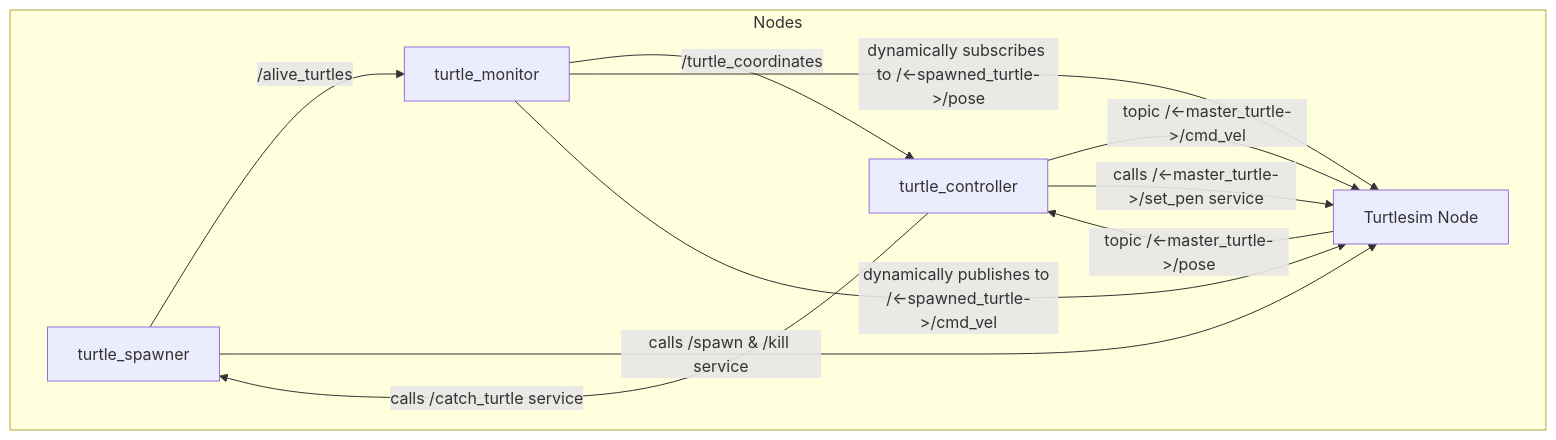
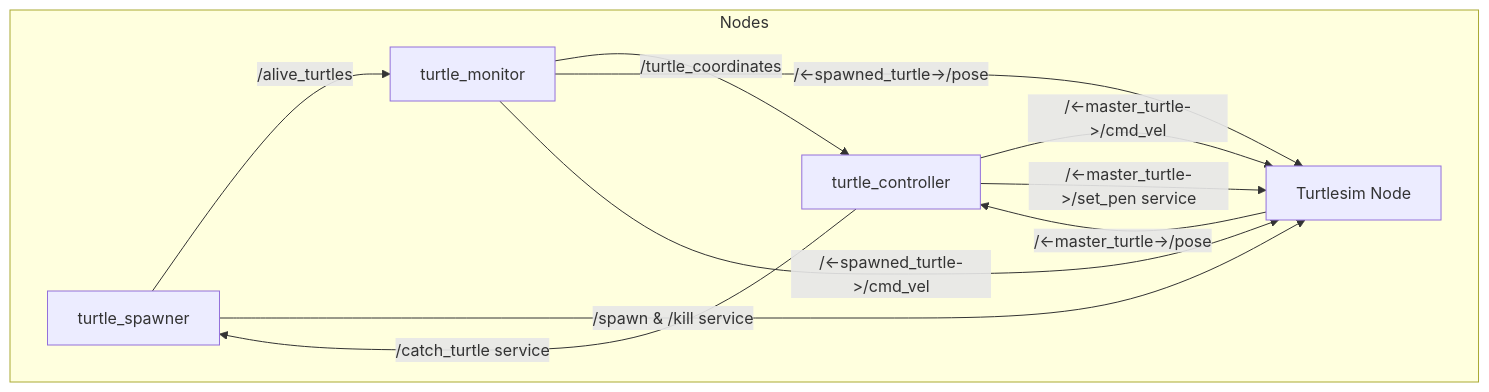
One commit to Ashwith25/turtle-bot-chaser changed the diagram in README.md. Above: the diagram before and after it, drawn with Mermaid.

````diff
--- a/README.md
+++ b/README.md
@@ -42,25 +42,25 @@
 ```mermaid
 graph TD
     subgraph Nodes
         turtle_spawner
         turtle_monitor
         turtle_controller
         turtlesim_node[Turtlesim Node]
     end
 
     %% Topics
     turtle_spawner -- "/alive_turtles" --> turtle_monitor
     turtle_monitor -- "/turtle_coordinates" --> turtle_controller
 
-    turtle_controller -- "topic /<-master_turtle->/cmd_vel" --> turtlesim_node
-    turtlesim_node -- "topic /<-master_turtle->/pose" --> turtle_controller
+    turtle_controller -- "/<-master_turtle->/cmd_vel" --> turtlesim_node
+    turtlesim_node -- "/<-master_turtle->/pose" --> turtle_controller
 
     %% Services
-    turtle_spawner -- "calls /spawn & /kill service" --> turtlesim_node
-    turtle_controller -- "calls /catch_turtle service" --> turtle_spawner
-    turtle_controller -- "calls /<-master_turtle->/set_pen service" --> turtlesim_node
+    turtle_spawner -- "/spawn & /kill service" --> turtlesim_node
+    turtle_controller -- "/catch_turtle service" --> turtle_spawner
+    turtle_controller -- "/<-master_turtle->/set_pen service" --> turtlesim_node
 
     %% Dynamic interactions for spawned turtles (controlled by turtle_monitor)
-    turtle_monitor -- "dynamically subscribes to /<-spawned_turtle->/pose" --> turtlesim_node
-    turtle_monitor -- "dynamically publishes to /<-spawned_turtle->/cmd_vel" --> turtlesim_node
+    turtle_monitor -- "/<-spawned_turtle->/pose" --> turtlesim_node
+    turtle_monitor -- "/<-spawned_turtle->/cmd_vel" --> turtlesim_node
 ```
````
